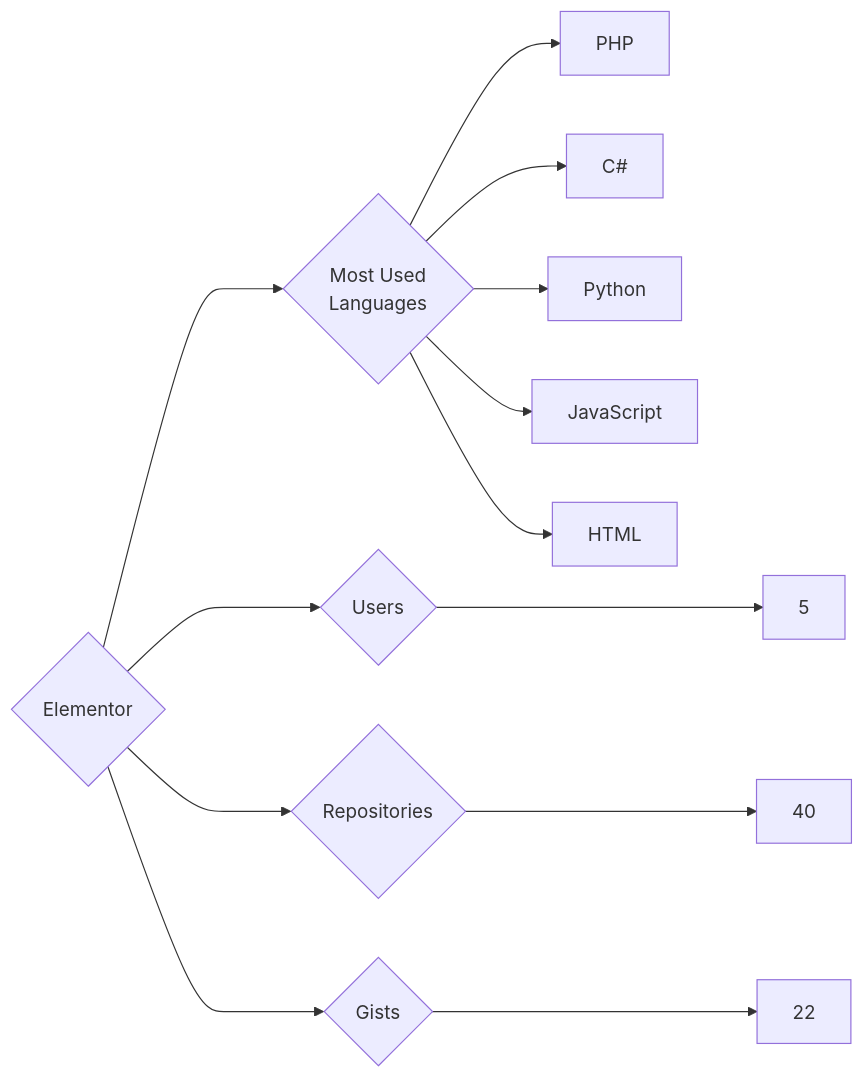
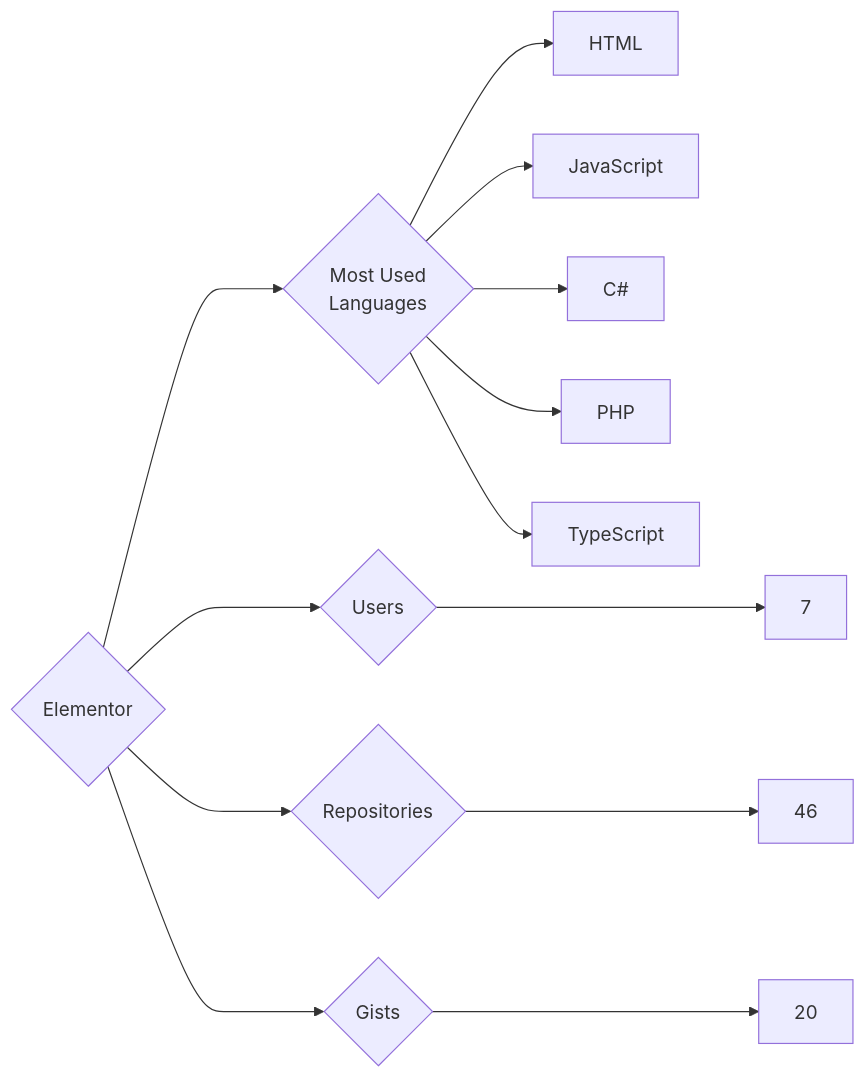
One commit to trickest/insiders changed the diagram in targets/Elementor/README.md. Above: the diagram before and after it, drawn with Mermaid. The commit also changed 1238 other files, not shown here.

````diff
--- a/targets/Elementor/README.md
+++ b/targets/Elementor/README.md
@@ -3,13 +3,13 @@
 ```mermaid
 graph LR
 COMPANY_NAME{Elementor}
-COMPANY_NAME ---> U{Users} ---> UN[5]
-COMPANY_NAME ---> R{Repositories} ---> RN[40]
-COMPANY_NAME ---> G{Gists} ---> GN[22]
+COMPANY_NAME ---> U{Users} ---> UN[7]
+COMPANY_NAME ---> R{Repositories} ---> RN[46]
+COMPANY_NAME ---> G{Gists} ---> GN[20]
 COMPANY_NAME ---> ML{Most Used<br>Languages}
+ML --> HTML[HTML]
+ML --> JavaScript[JavaScript]
+ML --> C#[C#]
 ML --> PHP[PHP]
-ML --> C#[C#]
-ML --> Python[Python]
-ML --> JavaScript[JavaScript]
-ML --> HTML[HTML]
+ML --> TypeScript[TypeScript]
 ```
````
